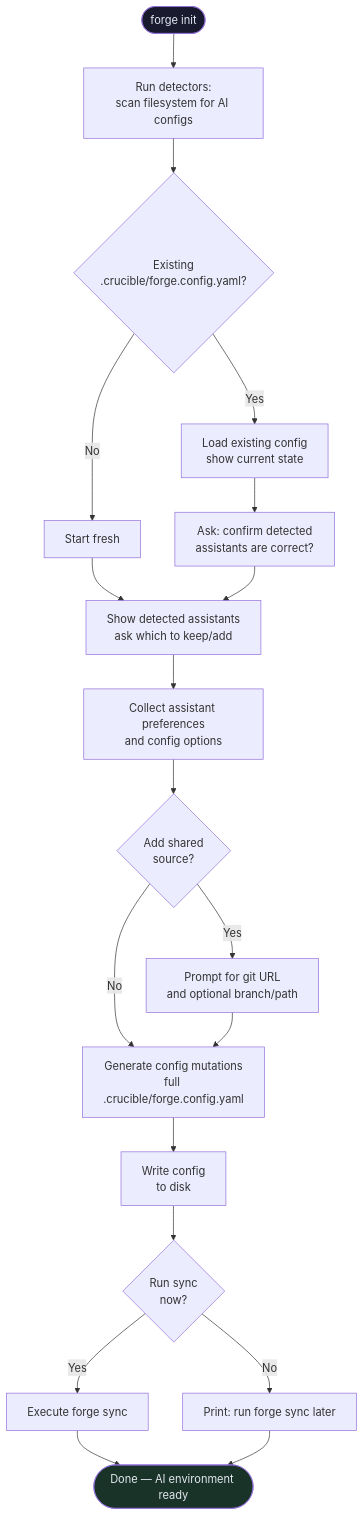
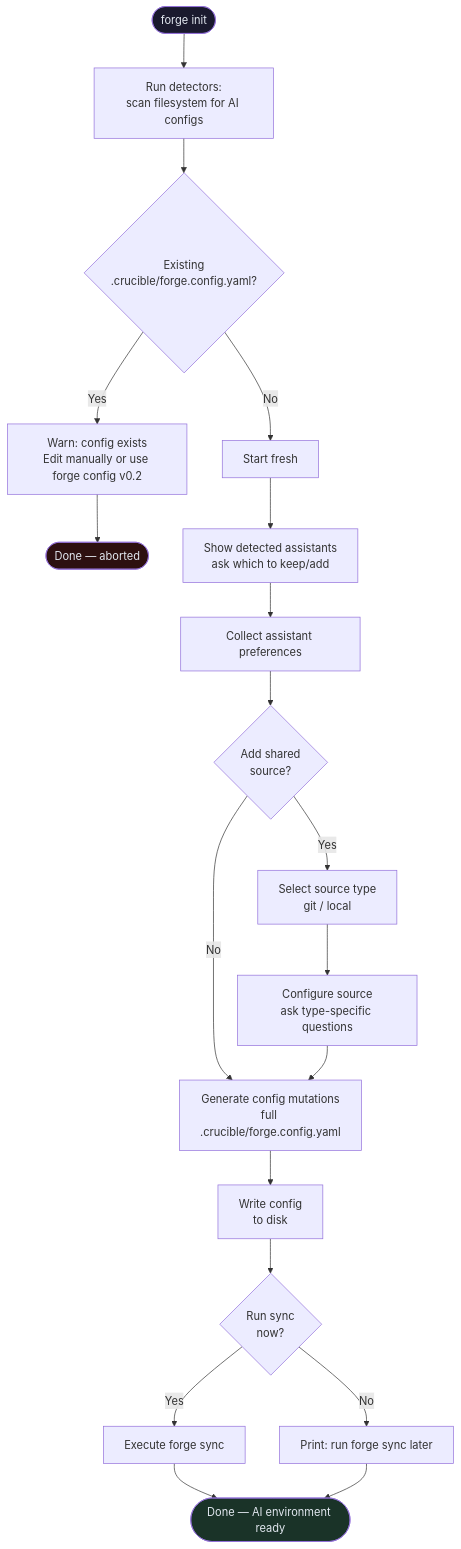
One commit to crucibledx/forge-cli changed the first of 2 diagrams in docs/forge-v0.1.md. Above: the diagram before and after it, drawn with Mermaid. The commit also changed other lines of this file and 3 other files, not shown here.

````diff
--- a/docs/forge-v0.1.md
+++ b/docs/forge-v0.1.md
@@ -379,24 +395,25 @@
 ```mermaid
 flowchart TD
     A([forge init]) --> B[Run detectors:\nscan filesystem for AI configs]
     B --> C{Existing\n.crucible/forge.config.yaml?}
-    C -- Yes --> D[Load existing config\nshow current state]
+    C -- Yes --> D[Warn: config exists\nEdit manually or use forge config v0.2]
+    D --> P2([Done — aborted])
     C -- No --> E[Start fresh]
-    D --> F[Ask: confirm detected\nassistants are correct?]
     E --> G[Show detected assistants\nask which to keep/add]
-    F --> G
-    G --> H[Collect assistant preferences\nand config options]
+    G --> H[Collect assistant preferences]
     H --> I{Add shared\nsource?}
-    I -- Yes --> J[Prompt for git URL\nand optional branch/path]
+    I -- Yes --> IS[Select source type\ngit / local]
+    IS --> J[Configure source\nask type-specific questions]
     I -- No --> K
     J --> K[Generate config mutations\nfull .crucible/forge.config.yaml]
     K --> L[Write config\nto disk]
     L --> M{Run sync\nnow?}
     M -- Yes --> N[Execute forge sync]
     M -- No --> O[Print: run forge sync later]
     N --> P([Done — AI environment ready])
 O --> P
 
 style A fill: #1a1a2e, color: #e2e8f0
 style P fill: #1a3328, color: #e2e8f0
+style P2 fill: #2d1010, color: #e2e8f0
 ```
````
